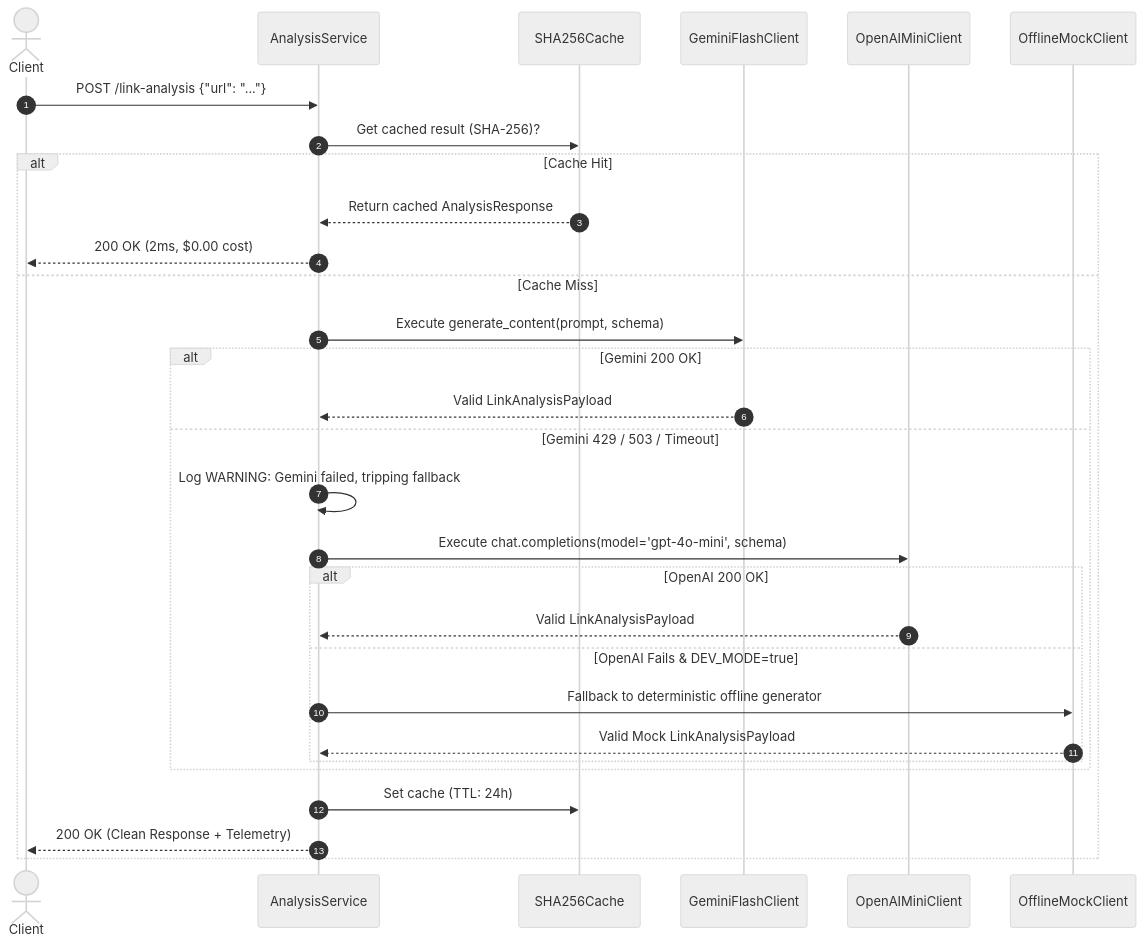
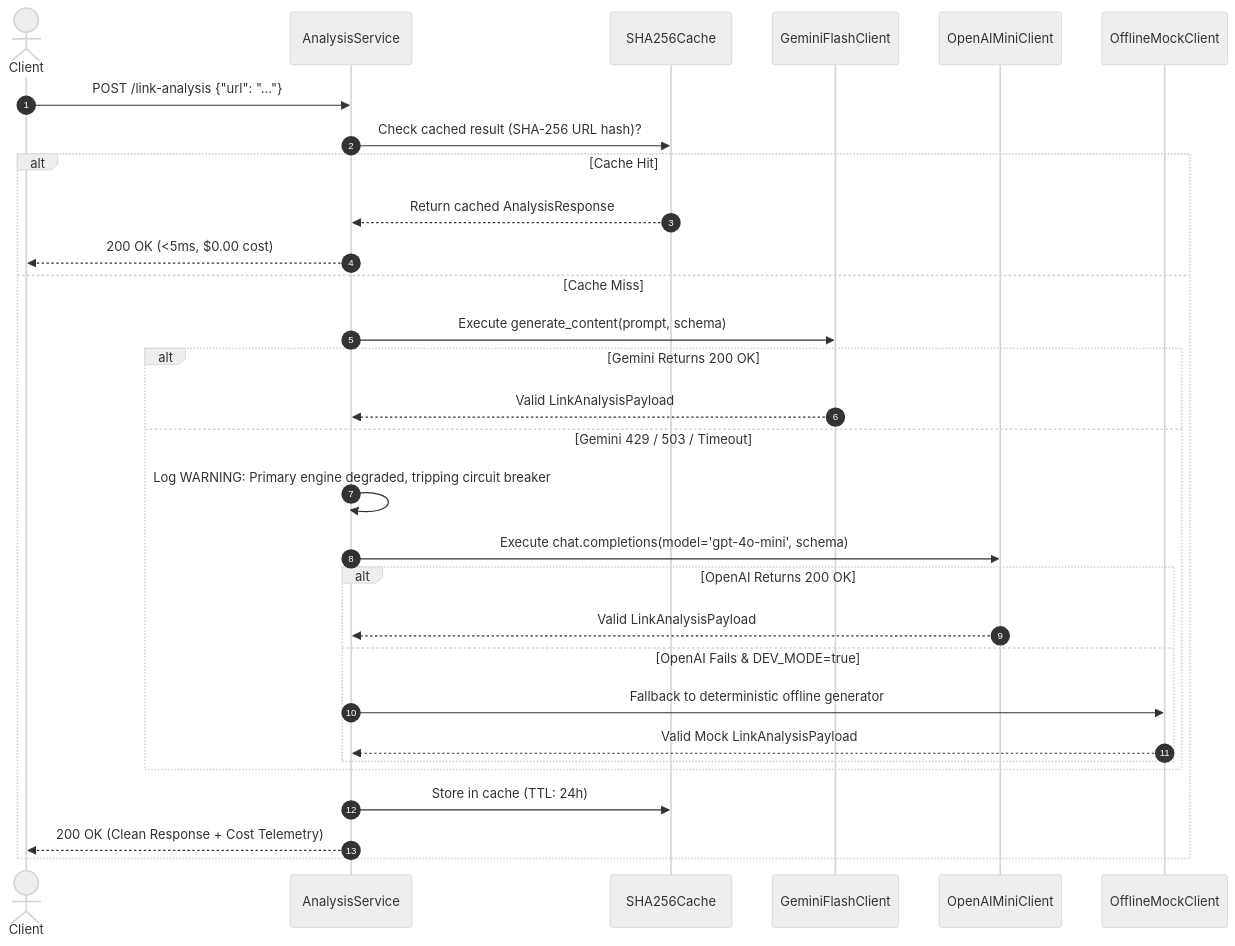
One commit to piyushmakhija28/ai-link-analysis changed the third of 3 diagrams in docs/architecture/llm-model-research-benchmark.md. Above: the diagram before and after it, drawn with Mermaid (neutral theme). The commit also changed other lines of this file and 3 other files, not shown here.

````diff
--- a/docs/architecture/llm-model-research-benchmark.md
+++ b/docs/architecture/llm-model-research-benchmark.md
@@ -163,33 +209,33 @@
 ```mermaid
 sequenceDiagram
     autonumber
     actor Client
     participant Service as AnalysisService
     participant Cache as SHA256Cache
     participant Primary as GeminiFlashClient
     participant Fallback as OpenAIMiniClient
     participant Mock as OfflineMockClient
 
     Client->>Service: POST /link-analysis {"url": "..."}
-    Service->>Cache: Get cached result (SHA-256)?
+    Service->>Cache: Check cached result (SHA-256 URL hash)?
     alt Cache Hit
         Cache-->>Service: Return cached AnalysisResponse
-        Service-->>Client: 200 OK (2ms, $0.00 cost)
+        Service-->>Client: 200 OK (<5ms, $0.00 cost)
     else Cache Miss
         Service->>Primary: Execute generate_content(prompt, schema)
-        alt Gemini 200 OK
+        alt Gemini Returns 200 OK
             Primary-->>Service: Valid LinkAnalysisPayload
         else Gemini 429 / 503 / Timeout
-            Service->>Service: Log WARNING: Gemini failed, tripping fallback
+            Service->>Service: Log WARNING: Primary engine degraded, tripping circuit breaker
             Service->>Fallback: Execute chat.completions(model='gpt-4o-mini', schema)
-            alt OpenAI 200 OK
+            alt OpenAI Returns 200 OK
                 Fallback-->>Service: Valid LinkAnalysisPayload
             else OpenAI Fails & DEV_MODE=true
                 Service->>Mock: Fallback to deterministic offline generator
                 Mock-->>Service: Valid Mock LinkAnalysisPayload
             end
         end
-        Service->>Cache: Set cache (TTL: 24h)
-        Service-->>Client: 200 OK (Clean Response + Telemetry)
+        Service->>Cache: Store in cache (TTL: 24h)
+        Service-->>Client: 200 OK (Clean Response + Cost Telemetry)
     end
 ```
````
